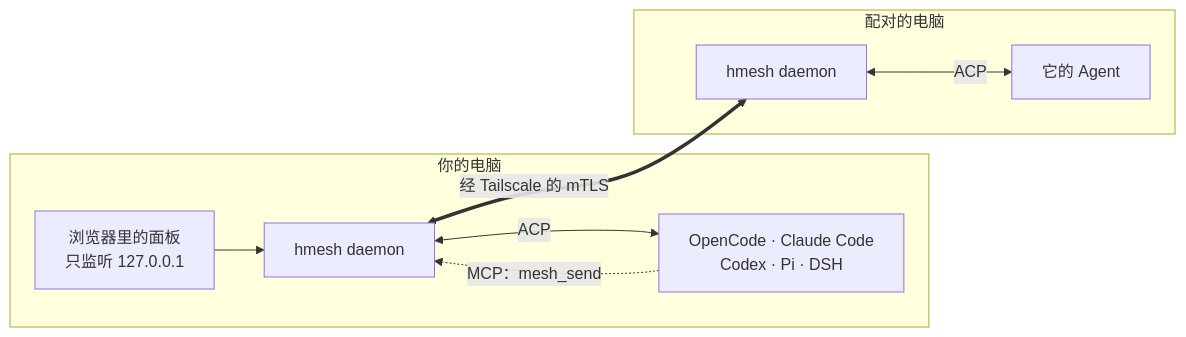
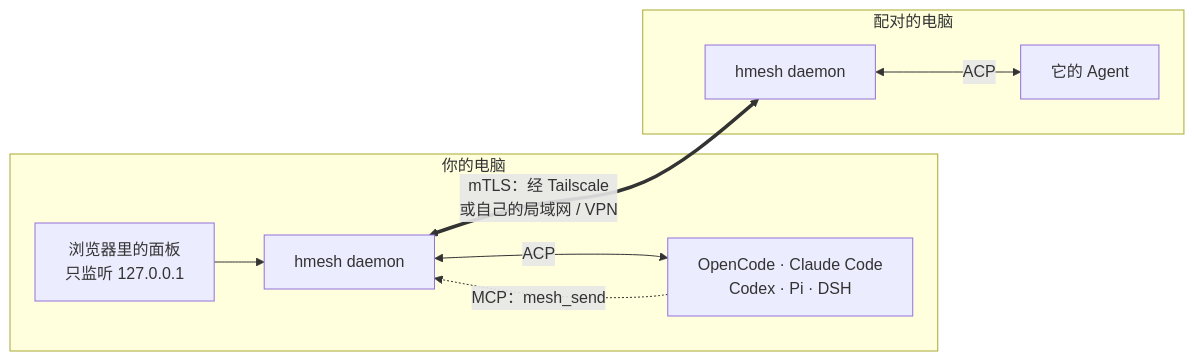
The diagram in README_CN.md (jackie-cqz/HarnessMesh), drawn with Mermaid before and after one commit. The commit also changed other lines of this file and 10 other files, not shown here.

````diff
--- a/README_CN.md
+++ b/README_CN.md
@@ -42,12 +48,12 @@
 ```mermaid
 flowchart LR
   subgraph A["你的电脑"]
     panel["浏览器里的面板<br/>只监听 127.0.0.1"] --> d1["hmesh daemon"]
     d1 <-->|ACP| a1["OpenCode · Claude Code<br/>Codex · Pi · DSH"]
     a1 -.->|"MCP：mesh_send"| d1
   end
   subgraph B["配对的电脑"]
     d2["hmesh daemon"] <-->|ACP| a2["它的 Agent"]
   end
-  d1 <==>|"经 Tailscale 的 mTLS"| d2
+  d1 <==>|"mTLS：经 Tailscale<br/>或自己的局域网 / VPN"| d2
 ```
````
